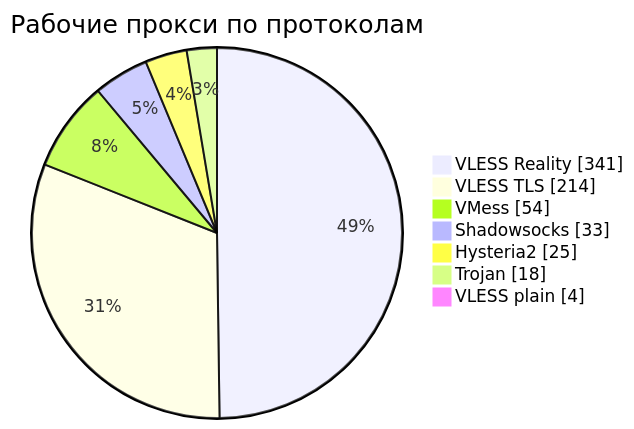
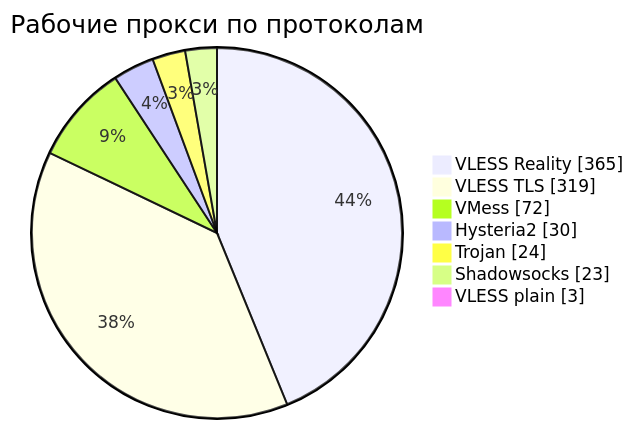
One commit to rvvg/proxy-subs changed the third of 4 diagrams in README.md. Above: the diagram before and after it, drawn with Mermaid. The commit also changed other lines of this file and 44 other files, not shown here.

````diff
--- a/README.md
+++ b/README.md
@@ -132,11 +135,11 @@
 ```mermaid
 pie showData
     title Рабочие прокси по протоколам
-    "VLESS Reality" : 341
-    "VLESS TLS" : 214
-    "VMess" : 54
-    "Shadowsocks" : 33
-    "Hysteria2" : 25
-    "Trojan" : 18
-    "VLESS plain" : 4
+    "VLESS Reality" : 365
+    "VLESS TLS" : 319
+    "VMess" : 72
+    "Hysteria2" : 30
+    "Trojan" : 24
+    "Shadowsocks" : 23
+    "VLESS plain" : 3
 ```
````
